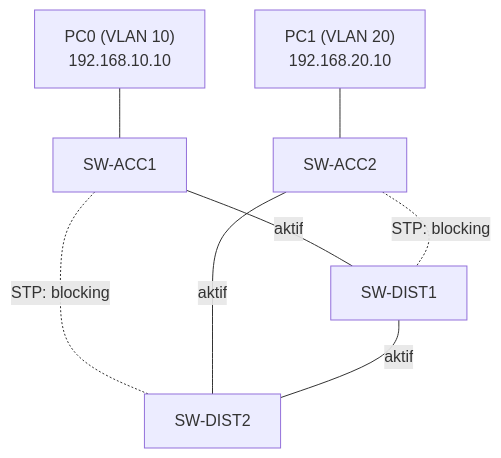
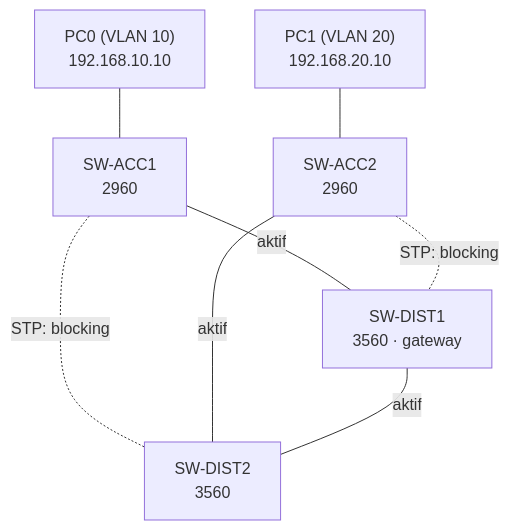
Before and after one commit to ecemaydemir/campus_network_design: the diagram in README.md, drawn with Mermaid. The commit also changed other lines of this file, not shown here.

````diff
--- a/README.md
+++ b/README.md
@@ -13,10 +11,10 @@
 ```mermaid
 graph TD
-    PC0["PC0 (VLAN 10)<br/>192.168.10.10"] --- ACC1[SW-ACC1]
-    PC1["PC1 (VLAN 20)<br/>192.168.20.10"] --- ACC2[SW-ACC2]
-    ACC1 ---|aktif| DIST1[SW-DIST1]
-    ACC1 -.STP: blocking.- DIST2[SW-DIST2]
+    PC0["PC0 (VLAN 10)<br/>192.168.10.10"] --- ACC1[SW-ACC1<br/>2960]
+    PC1["PC1 (VLAN 20)<br/>192.168.20.10"] --- ACC2[SW-ACC2<br/>2960]
+    ACC1 ---|aktif| DIST1[SW-DIST1<br/>3560 · gateway]
+    ACC1 -.STP: blocking.- DIST2[SW-DIST2<br/>3560]
     ACC2 ---|aktif| DIST2
     ACC2 -.STP: blocking.- DIST1
     DIST1 ---|aktif| DIST2
 ```
````
